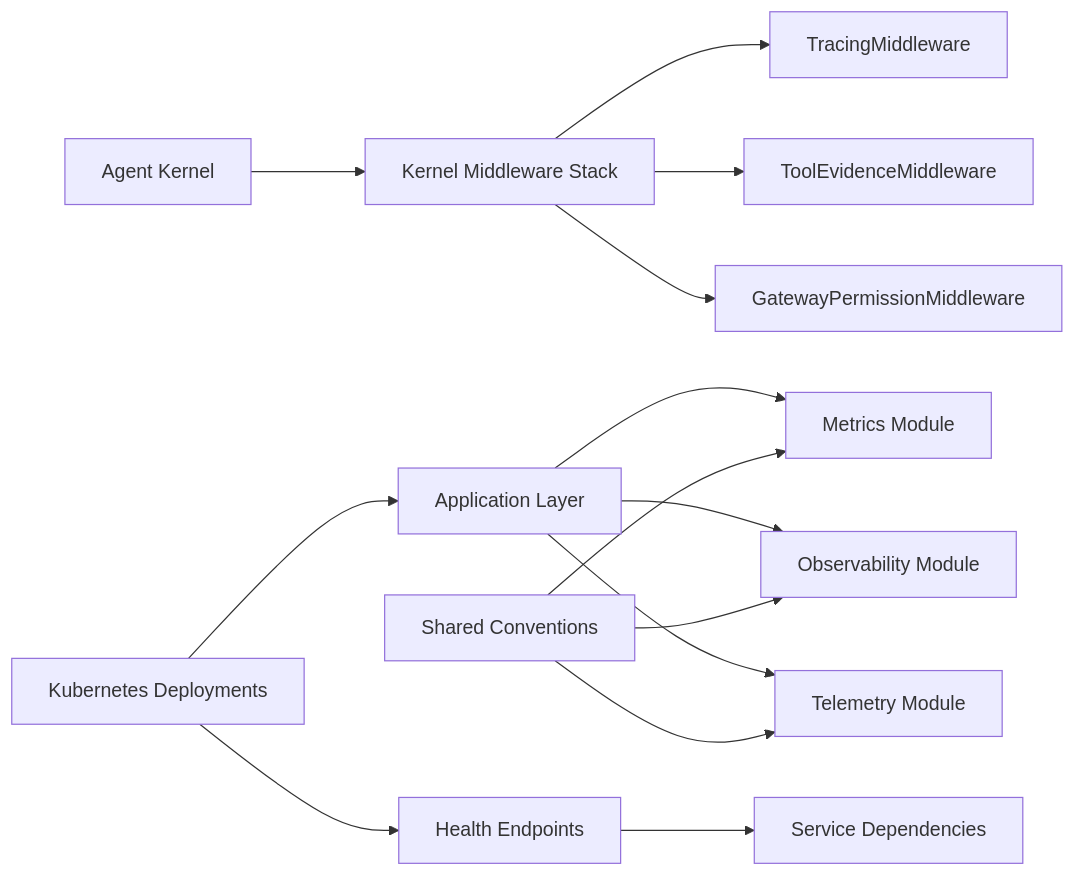
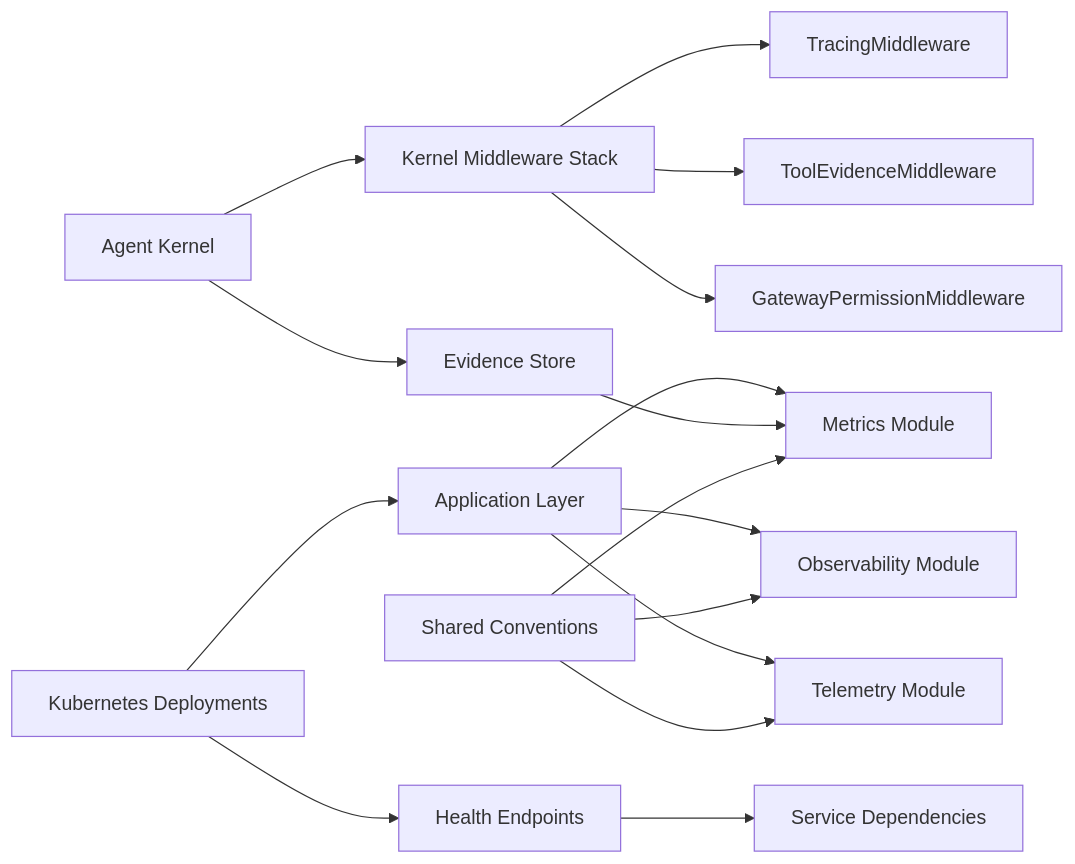
One commit to metasync/luban-aiops changed the third of 3 diagrams in .qoder/repowiki/en/content/Agent Platform Service/Observability and Monitoring.md. Above: the diagram before and after it, drawn with Mermaid. The commit also changed other lines of this file and 8 other files, not shown here.

````diff
--- a/.qoder/repowiki/en/content/Agent Platform Service/Observability and Monitoring.md
+++ b/.qoder/repowiki/en/content/Agent Platform Service/Observability and Monitoring.md
@@ -339,16 +389,18 @@
 ```mermaid
 graph LR
 App["Application Layer"] --> Metrics["Metrics Module"]
 App --> Observability["Observability Module"]
 App --> Telemetry["Telemetry Module"]
 Kernel["Agent Kernel"] --> Middleware["Kernel Middleware Stack"]
+Kernel --> EvidenceStore["Evidence Store"]
+EvidenceStore --> Metrics
 Middleware --> TracingMW["TracingMiddleware"]
 Middleware --> EvidenceMW["ToolEvidenceMiddleware"]
 Middleware --> PermissionMW["GatewayPermissionMiddleware"]
 Health["Health Endpoints"] --> Dependencies["Service Dependencies"]
 K8s["Kubernetes Deployments"] --> App
 K8s --> Health
 Conventions["Shared Conventions"] --> Metrics
 Conventions --> Observability
 Conventions --> Telemetry
 ```
````
